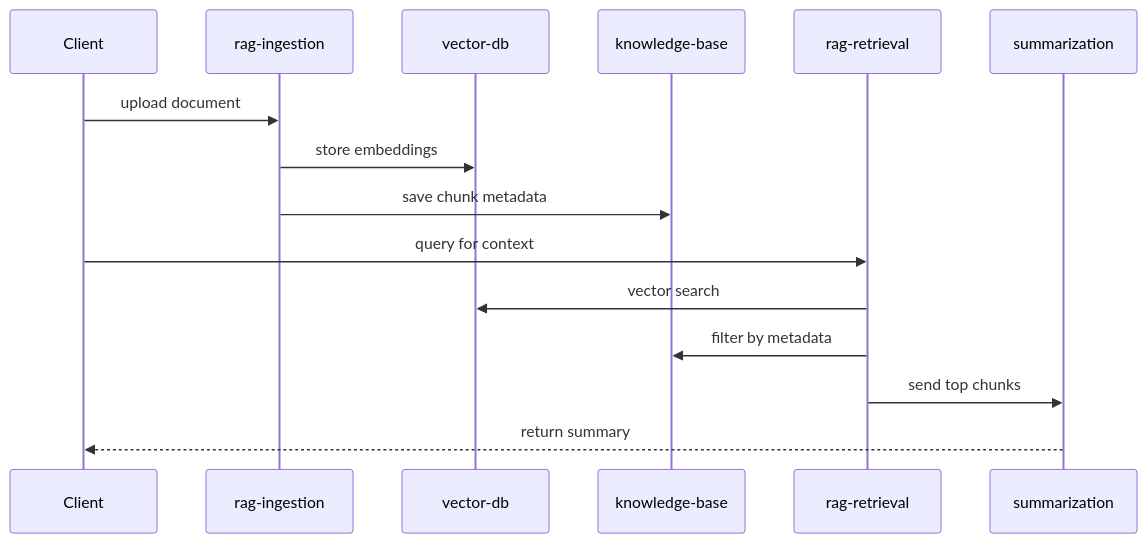
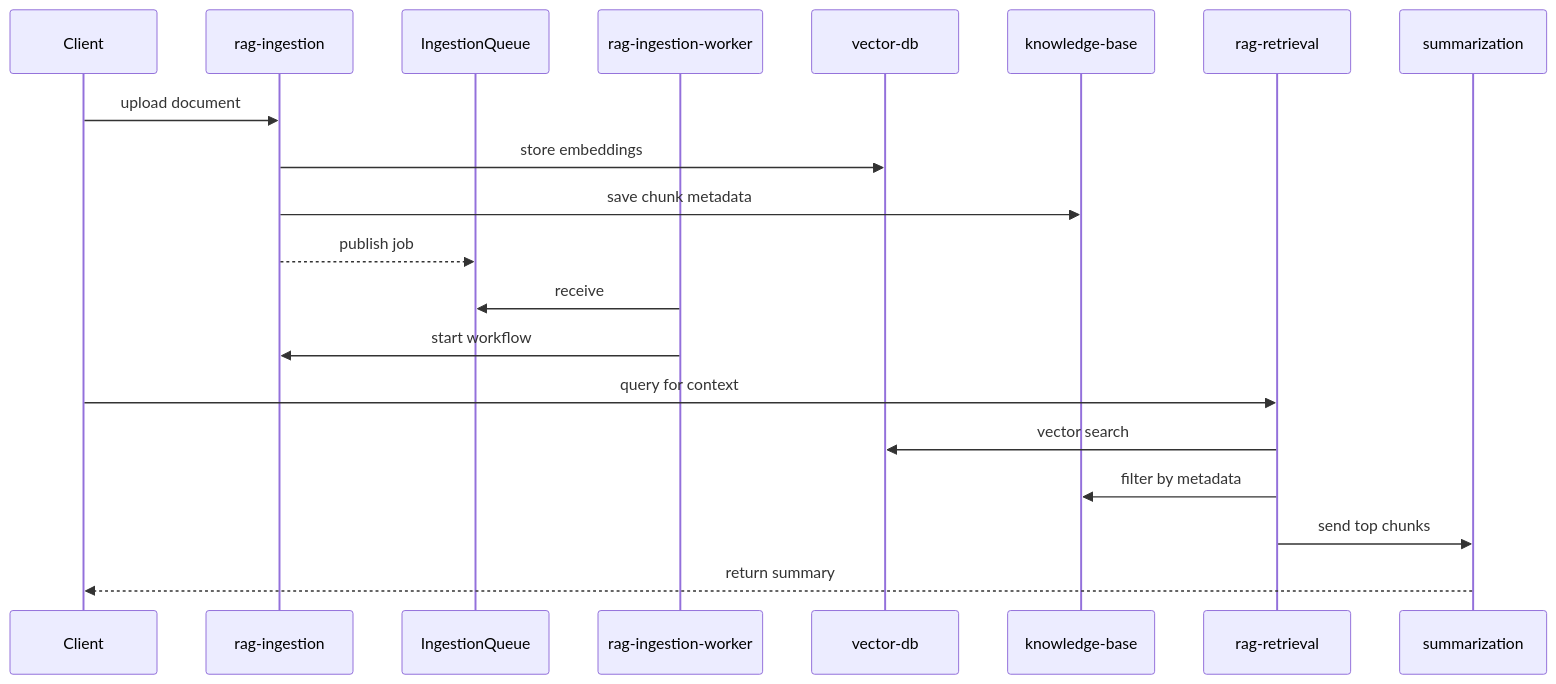
Before and after one commit to ksinha49/ai-workloads: the diagram in docs/rag_architecture.md, drawn with Mermaid. The commit also changed other lines of this file and 1 other file, not shown here.

Commit message:
docs: describe ingestion worker queue

````diff
--- a/docs/rag_architecture.md
+++ b/docs/rag_architecture.md
@@ -18,18 +18,23 @@
 ```mermaid
 sequenceDiagram
     participant Client
     participant Ingestion as rag-ingestion
+    participant Queue as IngestionQueue
+    participant Worker as rag-ingestion-worker
     participant DB as vector-db
     participant KB as knowledge-base
     participant Retrieval as rag-retrieval
     participant Sum as summarization
 
     Client->>Ingestion: upload document
     Ingestion->>DB: store embeddings
     Ingestion->>KB: save chunk metadata
+    Ingestion-->>Queue: publish job
+    Worker->>Queue: receive
+    Worker->>Ingestion: start workflow
     Client->>Retrieval: query for context
     Retrieval->>DB: vector search
     Retrieval->>KB: filter by metadata
     Retrieval->>Sum: send top chunks
     Sum-->>Client: return summary
 ```
````
